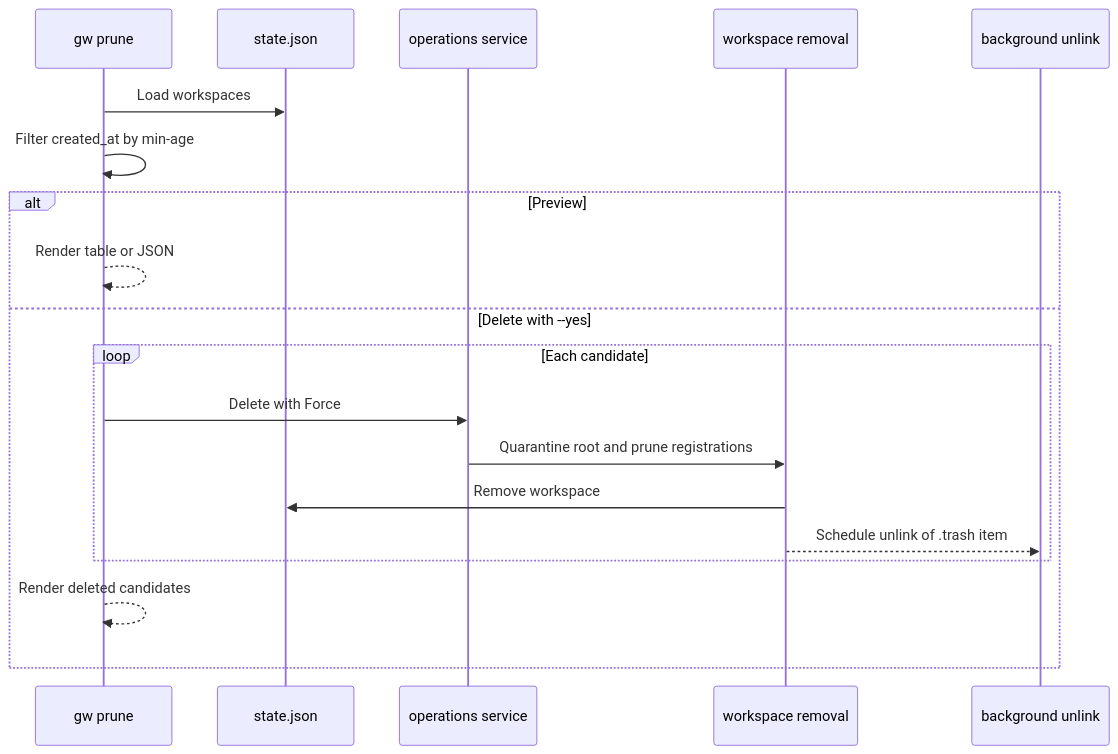
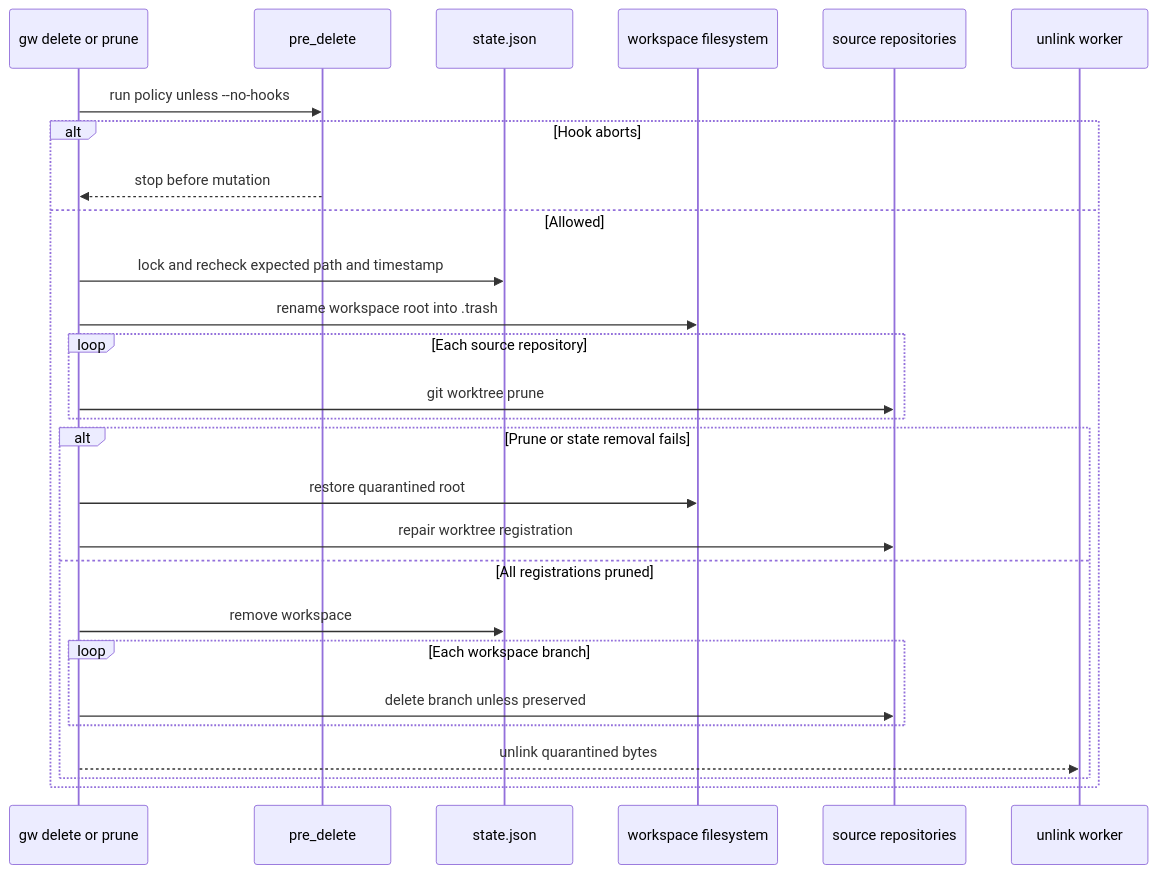
The second of 2 diagrams in openwiki/workflows.md (nicksenap/grove), drawn with Mermaid before and after one commit. The commit also changed other lines of this file and 40 other files, not shown here.

````diff
--- a/openwiki/workflows.md
+++ b/openwiki/workflows.md
@@ -273,21 +163,29 @@
 ```mermaid
 sequenceDiagram
-    participant CLI as gw prune
+    participant CLI as gw delete or prune
+    participant Hook as pre_delete
     participant State as state.json
-    participant Service as operations service
-    participant Workspace as workspace removal
-    participant Trash as background unlink
-    CLI->>State: Load workspaces
-    CLI->>CLI: Filter created_at by min-age
-    alt Preview
-        CLI-->>CLI: Render table or JSON
-    else Delete with --yes
-        loop Each candidate
-            CLI->>Service: Delete with Force
-            Service->>Workspace: Quarantine root and prune registrations
-            Workspace->>State: Remove workspace
-            Workspace-->>Trash: Schedule unlink of .trash item
+    participant FS as workspace filesystem
+    participant Git as source repositories
+    participant Trash as unlink worker
+    CLI->>Hook: run policy unless --no-hooks
+    alt Hook aborts
+        Hook-->>CLI: stop before mutation
+    else Allowed
+        CLI->>State: lock and recheck expected path and timestamp
+        CLI->>FS: rename workspace root into .trash
+        loop Each source repository
+            CLI->>Git: git worktree prune
         end
-        CLI-->>CLI: Render deleted candidates
+        alt Prune or state removal fails
+            CLI->>FS: restore quarantined root
+            CLI->>Git: repair worktree registration
+        else All registrations pruned
+            CLI->>State: remove workspace
+            loop Each workspace branch
+                CLI->>Git: delete branch unless preserved
+            end
+            CLI-->>Trash: unlink quarantined bytes
+        end
     end
 ```
````
